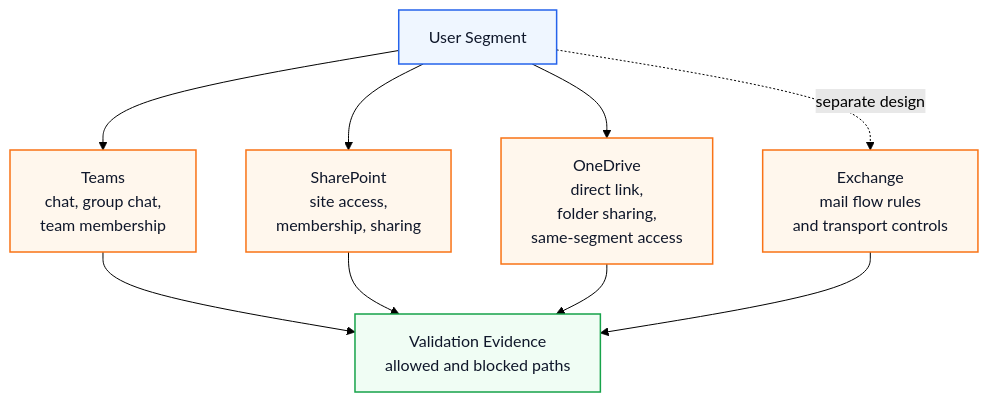
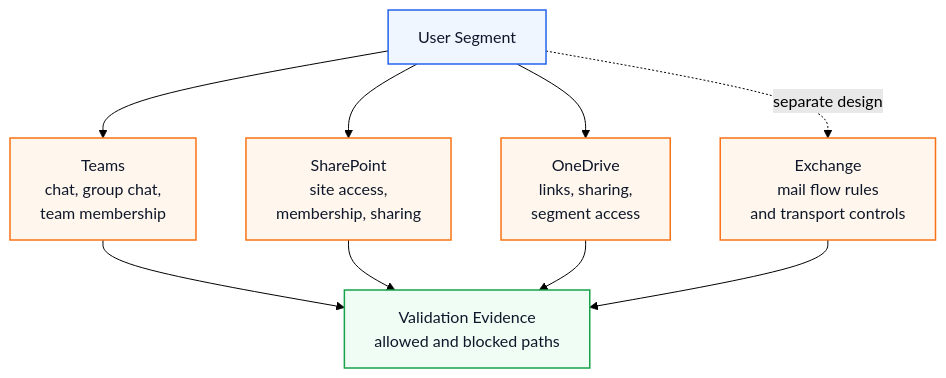
Before and after one commit to Eric841001/Eric841001.github.io: the second of 2 diagrams in docs/security/information-barriers.md, drawn with Mermaid (forest theme). The commit also changed 6 other files, not shown here.

Commit message:
Extend GPT-5.6 adoption guidance and refine diagrams

````diff
--- a/docs/security/information-barriers.md
+++ b/docs/security/information-barriers.md
@@ -90,22 +90,22 @@
 ```mermaid
 flowchart TB
   Segment["User Segment"]:::control
   Teams["Teams<br/>chat, group chat,<br/>team membership"]:::workload
   SharePoint["SharePoint<br/>site access,<br/>membership, sharing"]:::workload
-  OneDrive["OneDrive<br/>direct link,<br/>folder sharing,<br/>same-segment access"]:::workload
+  OneDrive["OneDrive<br/>links, sharing,<br/>segment access"]:::workload
   Exchange["Exchange<br/>mail flow rules<br/>and transport controls"]:::workload
   Evidence["Validation Evidence<br/>allowed and blocked paths"]:::outcome
 
   Segment --> Teams
   Segment --> SharePoint
   Segment --> OneDrive
   Segment -. separate design .-> Exchange
   Teams --> Evidence
   SharePoint --> Evidence
   OneDrive --> Evidence
   Exchange --> Evidence
 
   classDef control fill:#eff6ff,stroke:#2563eb,color:#0f172a,stroke-width:1.5px
   classDef workload fill:#fff7ed,stroke:#f97316,color:#0f172a,stroke-width:1.5px
   classDef outcome fill:#f0fdf4,stroke:#16a34a,color:#0f172a,stroke-width:1.5px
 ```
````
